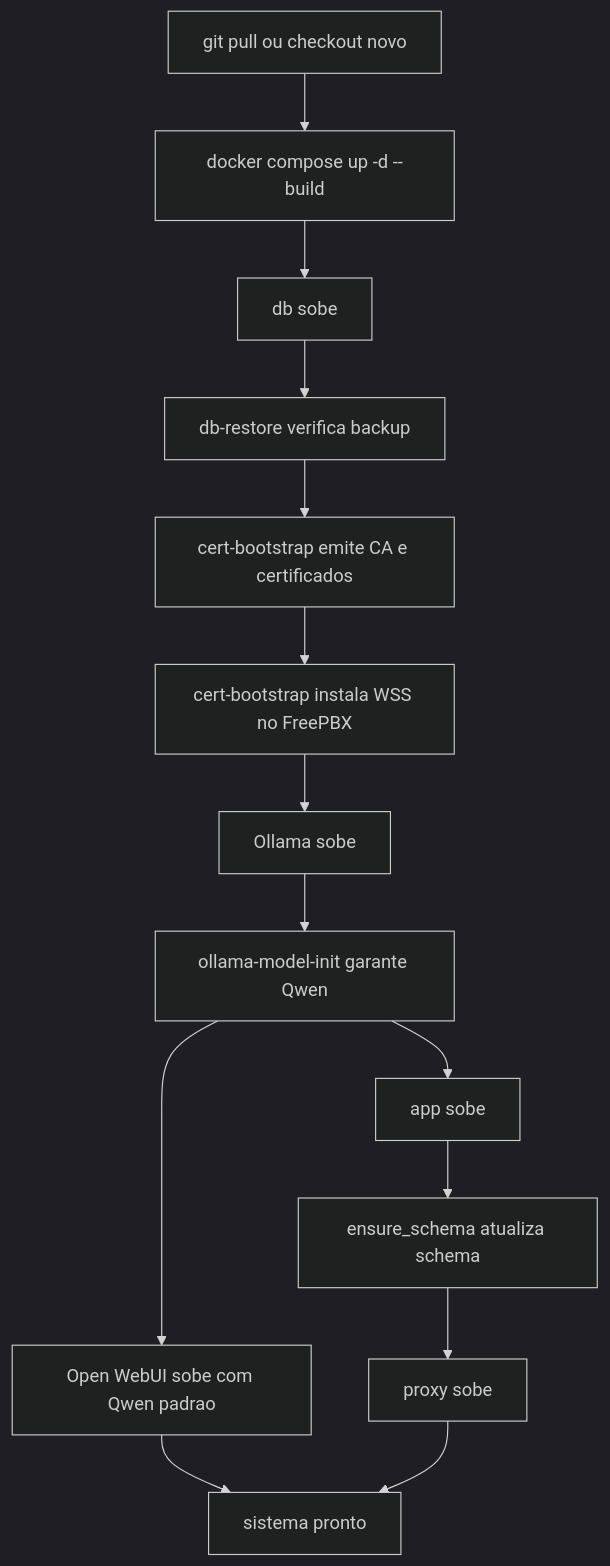
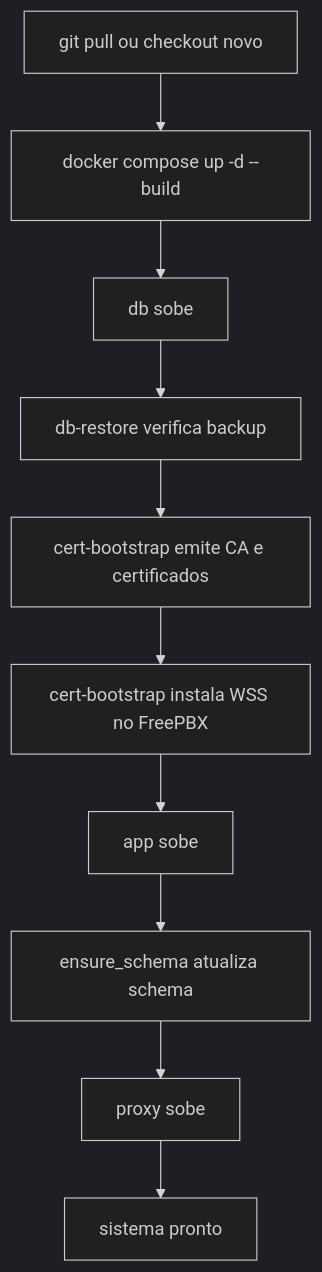
One commit to renansc/NanotechSoft changed the second of 2 diagrams in apps/riob/source/docs/OPERACAO_E_DEPLOY.md. Above: the diagram before and after it, drawn with Mermaid (dark theme). The commit also changed other lines of this file and 188 other files, not shown here.

````diff
--- a/apps/riob/source/docs/OPERACAO_E_DEPLOY.md
+++ b/apps/riob/source/docs/OPERACAO_E_DEPLOY.md
@@ -239,16 +184,12 @@
 ```mermaid
 flowchart TD
     A[git pull ou checkout novo] --> B[docker compose up -d --build]
     B --> C[db sobe]
     C --> D[db-restore verifica backup]
     D --> E[cert-bootstrap emite CA e certificados]
     E --> F[cert-bootstrap instala WSS no FreePBX]
-    F --> G[Ollama sobe]
-    G --> H[ollama-model-init garante Qwen]
-    H --> I[Open WebUI sobe com Qwen padrao]
-    H --> J[app sobe]
-    J --> K[ensure_schema atualiza schema]
-    K --> L[proxy sobe]
-    I --> M[sistema pronto]
-    L --> M
+    F --> G[app sobe]
+    G --> H[ensure_schema atualiza schema]
+    H --> I[proxy sobe]
+    I --> J[sistema pronto]
 ```
````
